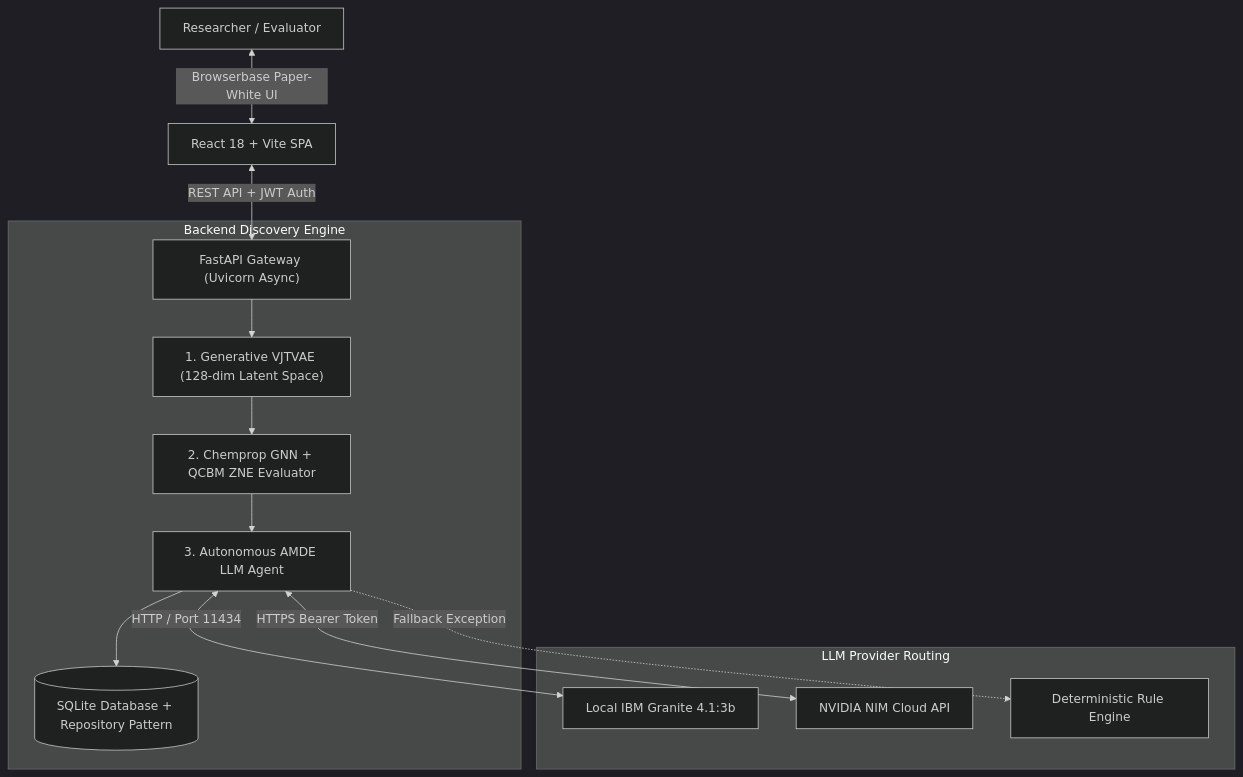
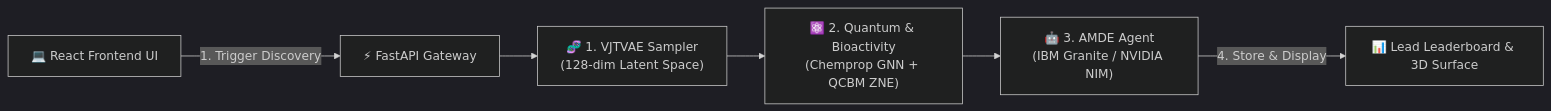
Before and after one commit to Anuj-ipynb/NovaQure: the diagram in README.md, drawn with Mermaid (dark theme).

Commit message:
docs: simplify architecture dataflow diagram in README.md

````diff
--- a/README.md
+++ b/README.md
@@ -56,18 +56,8 @@
 ```mermaid
-graph TD
-    User["Researcher / Evaluator"] <-->|Browserbase Paper-White UI| Frontend["React 18 + Vite SPA"]
-    Frontend <-->|REST API + JWT Auth| Backend["FastAPI Gateway (Uvicorn Async)"]
-    
-    subgraph "Backend Discovery Engine"
-        Backend --> Stage1["1. Generative VJTVAE (128-dim Latent Space)"]
-        Stage1 --> Stage2["2. Chemprop GNN + QCBM ZNE Evaluator"]
-        Stage2 --> Stage3["3. Autonomous AMDE LLM Agent"]
-        Stage3 --> DB[("SQLite Database + Repository Pattern")]
-    end
-    
-    subgraph "LLM Provider Routing"
-        Stage3 <-->|HTTP / Port 11434| Ollama["Local IBM Granite 4.1:3b"]
-        Stage3 <-->|HTTPS Bearer Token| NVIDIA["NVIDIA NIM Cloud API"]
-        Stage3 -.->|Fallback Exception| StateMachine["Deterministic Rule Engine"]
-    end
+graph LR
+    A["💻 React Frontend UI"] -->|1. Trigger Discovery| B["⚡ FastAPI Gateway"]
+    B --> C["🧬 1. VJTVAE Sampler<br/>(128-dim Latent Space)"]
+    C --> D["⚛️ 2. Quantum & Bioactivity<br/>(Chemprop GNN + QCBM ZNE)"]
+    D --> E["🤖 3. AMDE Agent<br/>(IBM Granite / NVIDIA NIM)"]
+    E -->|4. Store & Display| F["📊 Lead Leaderboard & 3D Surface"]
 ```
````
